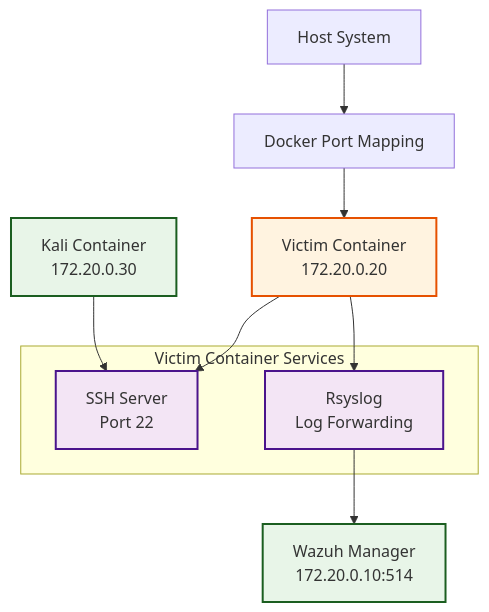
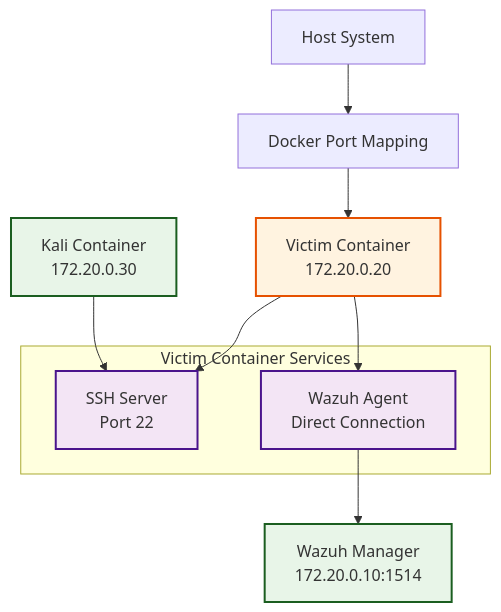
One commit to PaloAltoNetworks/shifter changed the diagram in docs/components/victim-containers.md. Above: the diagram before and after it, drawn with Mermaid. The commit also changed other lines of this file and 7 other files, not shown here.

Commit message:
add: wazuh agent for victim monitoring instead of syslog. Gives better data for blue team.

````diff
--- a/docs/components/victim-containers.md
+++ b/docs/components/victim-containers.md
@@ -18,24 +19,24 @@
 ```mermaid
 flowchart TD
     A[Host System] --> B[Docker Port Mapping]
     B --> C[Victim Container<br/>172.20.0.20]
     
     subgraph "Victim Container Services"
         D[SSH Server<br/>Port 22]
-        G[Rsyslog<br/>Log Forwarding]
+        G[Wazuh Agent<br/>Direct Connection]
     end
     
     C --> D
     C --> G
     
-    G --> H[Wazuh Manager<br/>172.20.0.10:514]
+    G --> H[Wazuh Manager<br/>172.20.0.10:1514]
     I[Kali Container<br/>172.20.0.30] --> D
     
     classDef victim fill:#fff3e0,stroke:#e65100,stroke-width:2px
     classDef services fill:#f3e5f5,stroke:#4a148c,stroke-width:2px
     classDef external fill:#e8f5e8,stroke:#1b5e20,stroke-width:2px
     
     class C victim
     class D,E,F,G services
     class H,I external
 ```
````
